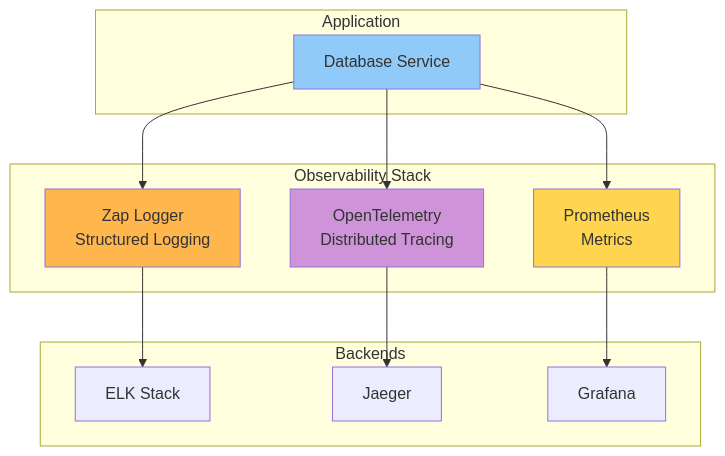
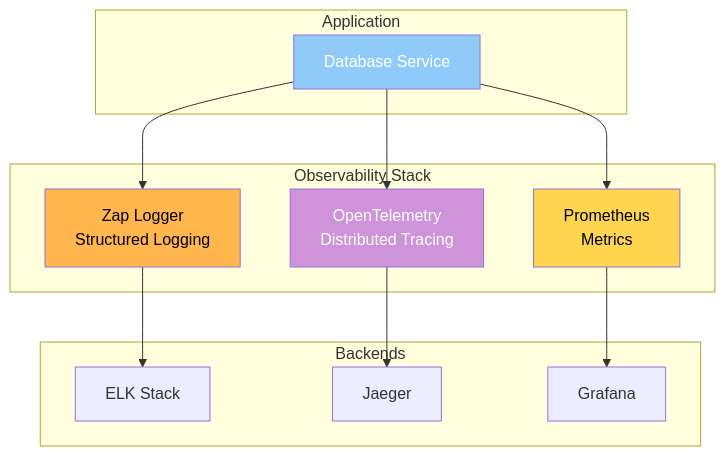
One commit to YouSangSon/database-service changed diagram 11 of 11 in docs/ARCHITECTURE.md. Above: the diagram before and after it, drawn with Mermaid. The commit also changed other lines of this file and 1 other file, not shown here.

First line of the commit message:
Fix Mermaid diagram text colors for better readability

````diff
--- a/docs/ARCHITECTURE.md
+++ b/docs/ARCHITECTURE.md
@@ -438,31 +438,31 @@
 ```mermaid
 graph TB
     subgraph "Application"
         APP[Database Service]
     end
 
     subgraph "Observability Stack"
         LOG[Zap Logger<br/>Structured Logging]
         TRACE[OpenTelemetry<br/>Distributed Tracing]
         METRIC[Prometheus<br/>Metrics]
     end
 
     subgraph "Backends"
         ELK[ELK Stack]
         JAEGER[Jaeger]
         GRAFANA[Grafana]
     end
 
     APP --> LOG
     APP --> TRACE
     APP --> METRIC
 
     LOG --> ELK
     TRACE --> JAEGER
     METRIC --> GRAFANA
 
-    style APP fill:#90caf9
-    style LOG fill:#ffb74d
-    style TRACE fill:#ce93d8
-    style METRIC fill:#ffd54f
+    style APP fill:#90caf9,color:#fff
+    style LOG fill:#ffb74d,color:#000
+    style TRACE fill:#ce93d8,color:#fff
+    style METRIC fill:#ffd54f,color:#000
 ```
````
